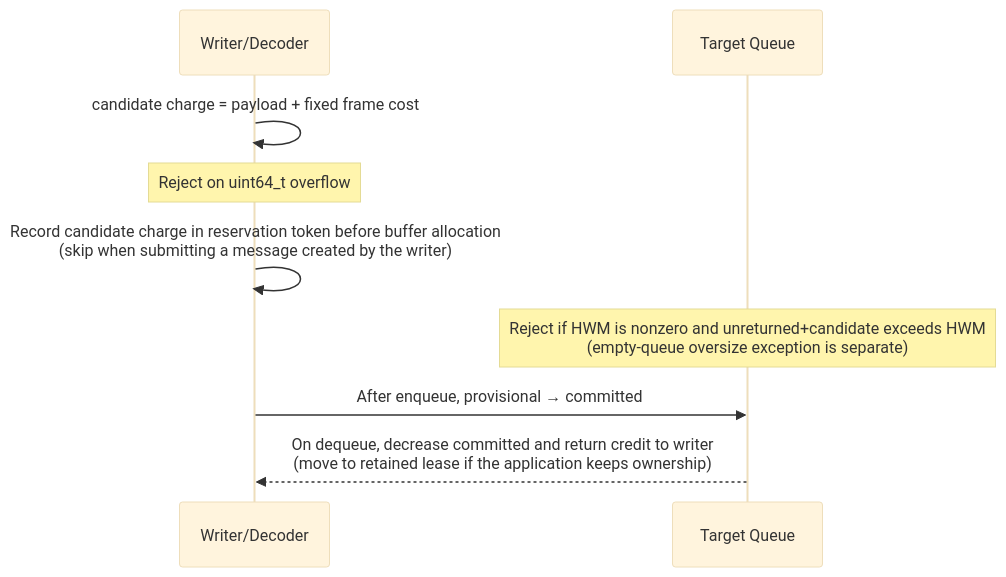
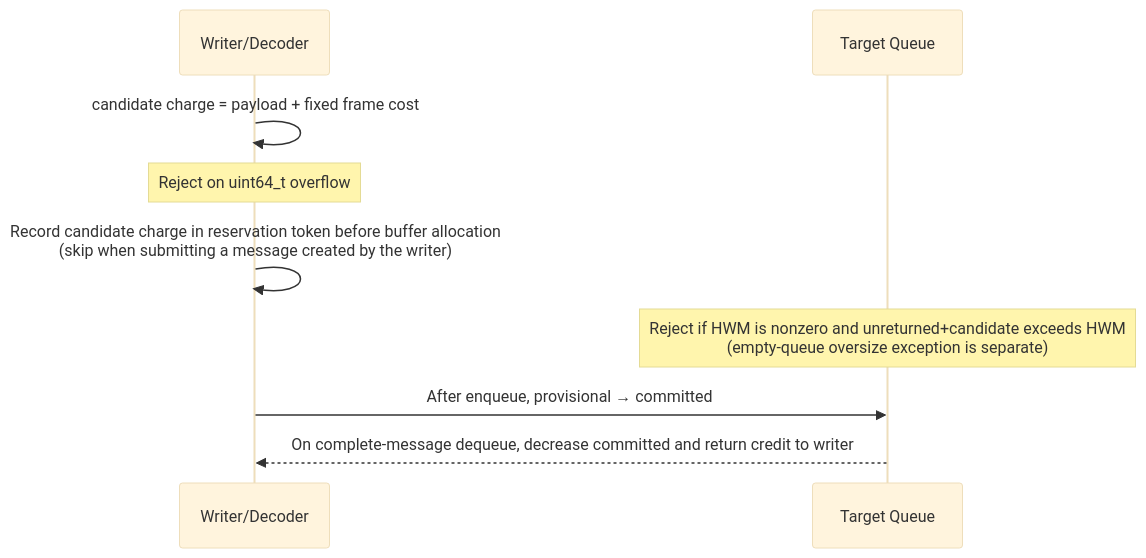
Before and after one commit to zlink-systems/zlink: the diagram in core/doc/spec/core/systems/06-auto-hwm.en.md, drawn with Mermaid (base theme). The commit also changed other lines of this file and 11 other files, not shown here.

````diff
--- a/core/doc/spec/core/systems/06-auto-hwm.en.md
+++ b/core/doc/spec/core/systems/06-auto-hwm.en.md
@@ -319,11 +314,11 @@
 ```mermaid
 sequenceDiagram
     participant D as Writer/Decoder
     participant Q as Target Queue
     D->>D: candidate charge = payload + fixed frame cost
     Note over D: Reject on uint64_t overflow
     D->>D: Record candidate charge in reservation token before buffer allocation<br/>(skip when submitting a message created by the writer)
     Note over Q: Reject if HWM is nonzero and unreturned+candidate exceeds HWM<br/>(empty-queue oversize exception is separate)
     D->>Q: After enqueue, provisional → committed
-    Q-->>D: On dequeue, decrease committed and return credit to writer<br/>(move to retained lease if the application keeps ownership)
+    Q-->>D: On complete-message dequeue, decrease committed and return credit to writer
 ```
````
